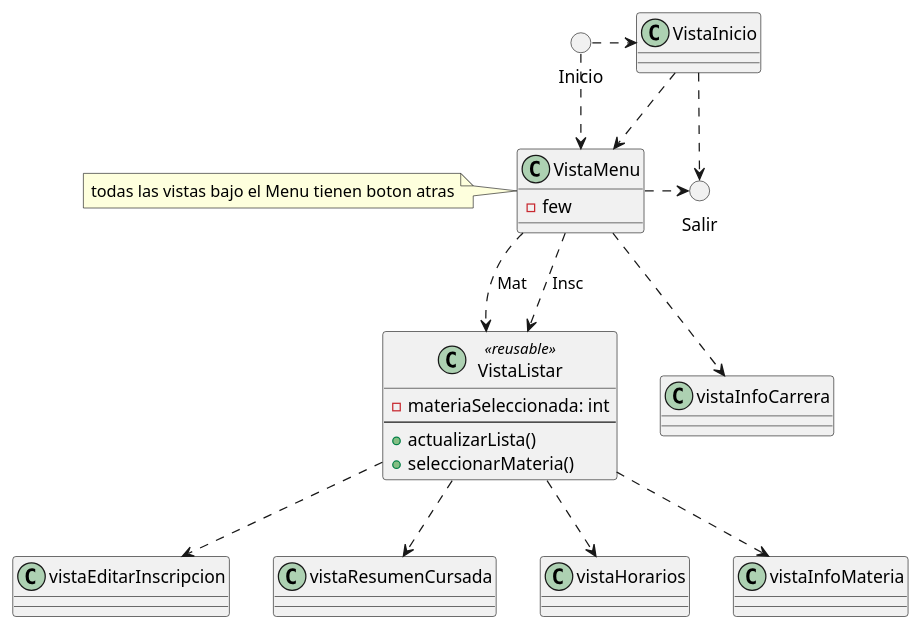
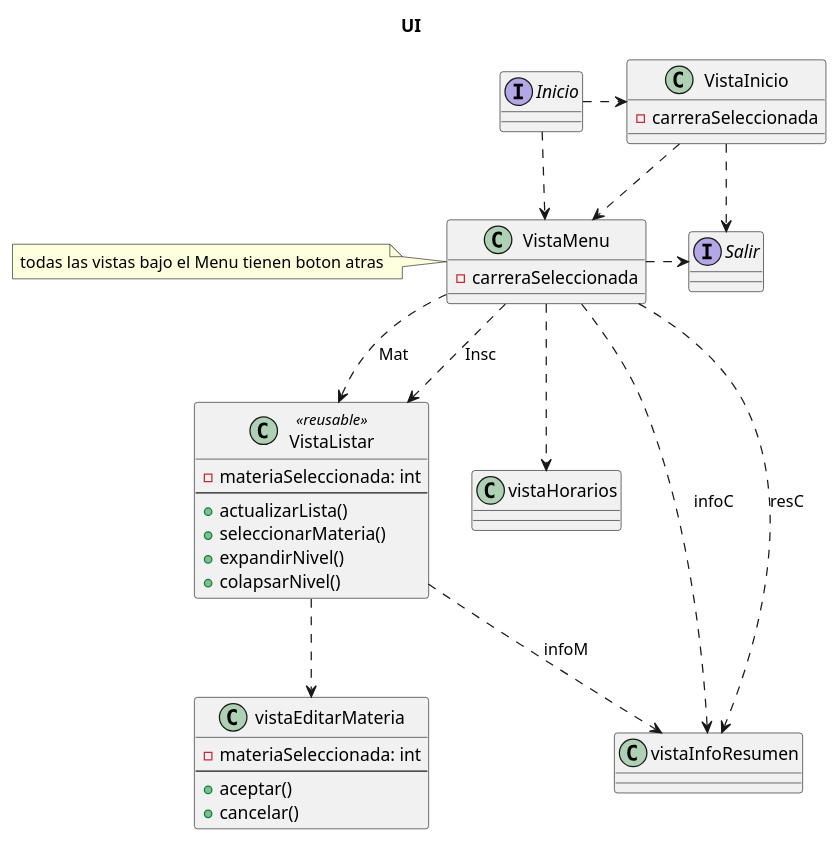
Before and after one commit to EmilianoM7/UTN_EZ: the diagram in Doc/UTNEZ_DinamicaUI.puml, drawn with PlantUML. The commit also changed 61 other files, not shown here.

Commit message:
PRIMER VERSION DEL FRONT (con back hardcodado):  funciona todo menos la vistaListar, falta comprobar vistaEditar

```diff
--- a/Doc/UTNEZ_DinamicaUI.puml
+++ b/Doc/UTNEZ_DinamicaUI.puml
@@ -1,50 +1,56 @@
 @startuml
 
 ' --- SKIN ---
 
 'skinparam actorStyle Hollow
 'left to right direction
 
 ' --- DIAGRAMA ---
 
+title "UI"
 
-
-
-class "VistaInicio" as R
+class "VistaInicio" as R{
+    - carreraSeleccionada
+}
 class "VistaMenu" as M{
-    -few
+    - carreraSeleccionada
 }
 note left: todas las vistas bajo el Menu tienen boton atras
 class "VistaListar" as L <<reusable>>{
     - materiaSeleccionada: int
     --
     + actualizarLista()
     + seleccionarMateria()
+    + expandirNivel()
+    + colapsarNivel()
 }
-class "vistaEditarInscripcion" as CI
-class "vistaResumenCursada" as RC
+class "vistaEditarMateria" as CI{
+    - materiaSeleccionada: int
+    --
+    + aceptar()
+    + cancelar()
+}
 class "vistaHorarios" as H
-class "vistaInfoCarrera" as IC
-class "vistaInfoMateria" as IM
-() "Inicio" as I
-() "Salir" as X
+class "vistaInfoResumen" as IR
 
-
+interface "Inicio" as I
+interface "Salir" as X
 
 I .> R
 I ..> M
 
 R ..> M
 R .> X
 
 M ..> L : Mat
 M ..> L : Insc
-M ..> IC
+M ..> IR : infoC
+M ..> IR : resC
+M ..> H
 M .> X
 
-L ..> RC
-L ..> IM
+L ..> IR: infoM
 L ..> CI
-L ..> H
+
 
 @enduml
```
